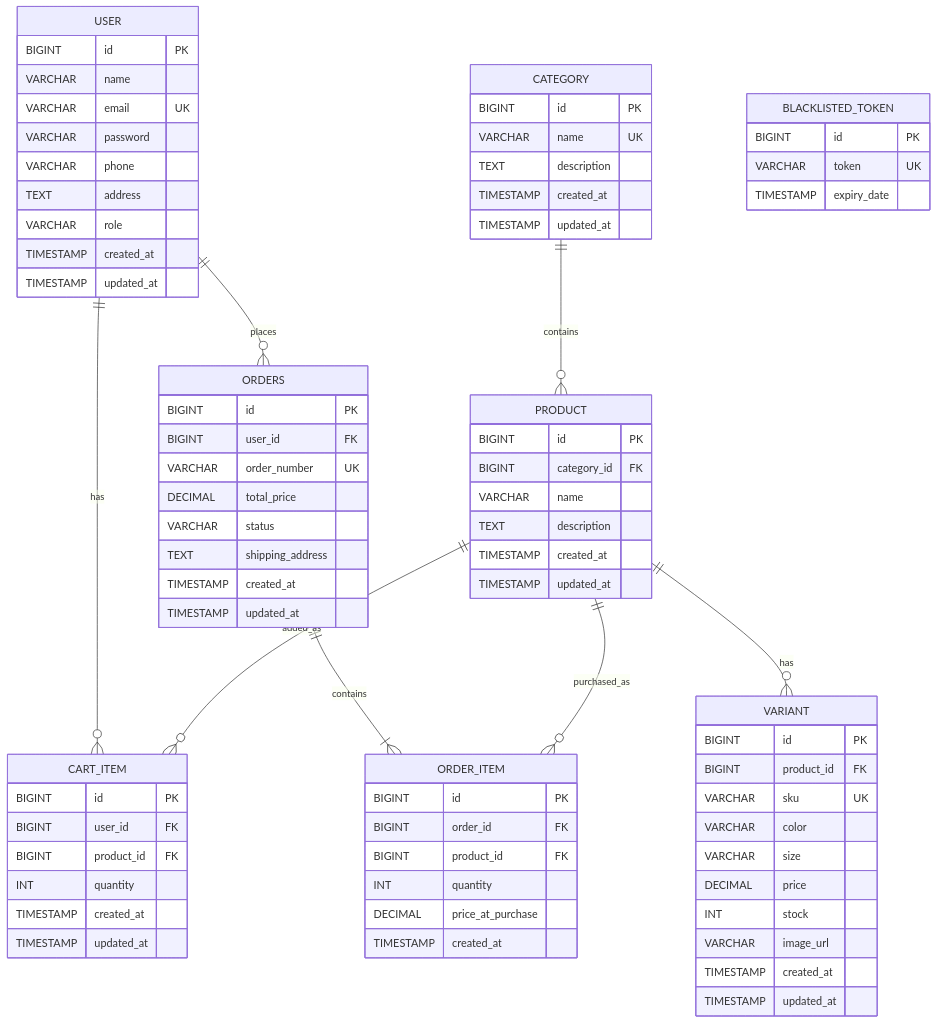
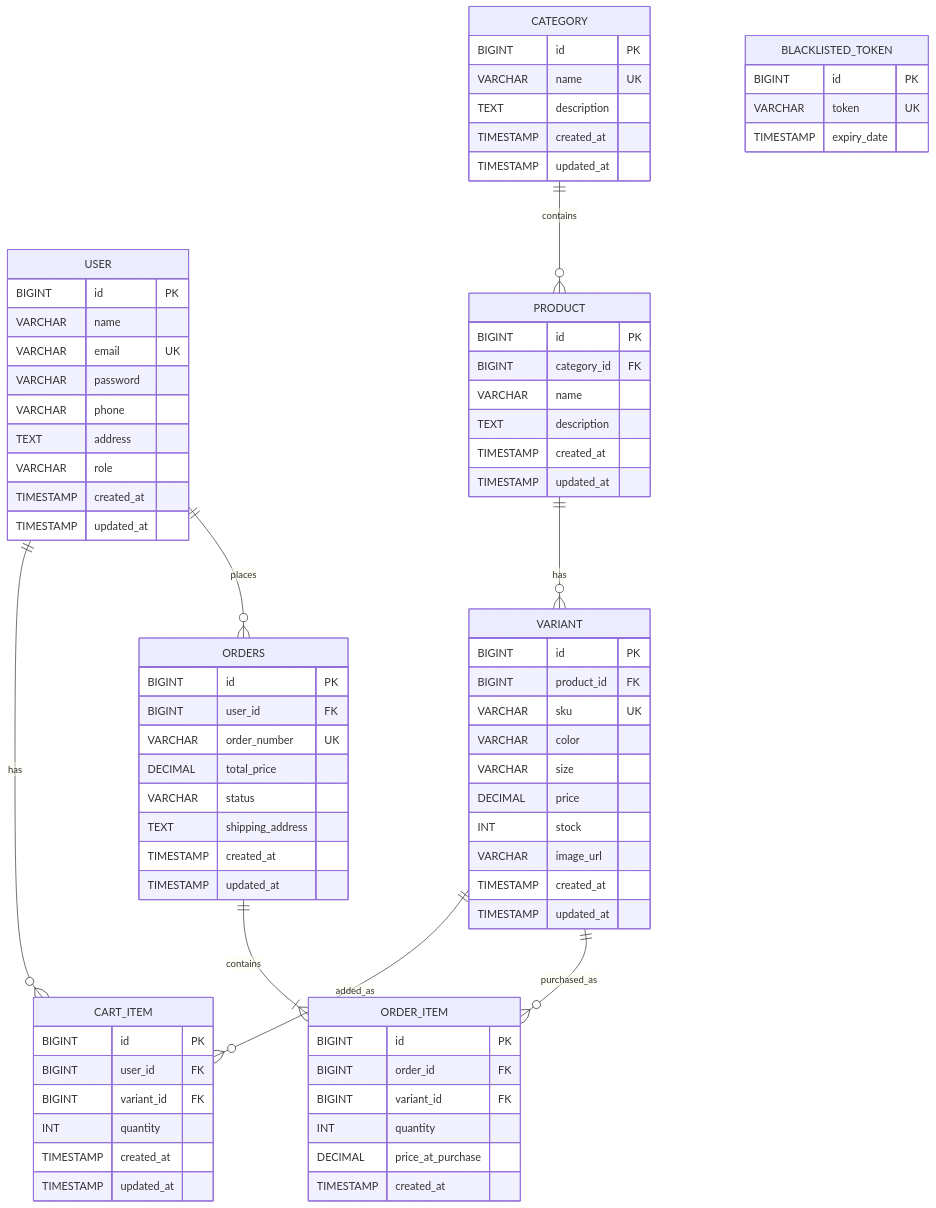
Before and after one commit to akbarazy/ecommerce-backend: the diagram in docs/DESIGN.md, drawn with Mermaid. The commit also changed 3 other files, not shown here.

Commit message:
Refactor cart item and order item to use variant

````diff
--- a/docs/DESIGN.md
+++ b/docs/DESIGN.md
@@ -46,7 +46,7 @@
     CART_ITEM {
         BIGINT id PK
         BIGINT user_id FK
-        BIGINT product_id FK
+        BIGINT variant_id FK
         INT quantity
         TIMESTAMP created_at
         TIMESTAMP updated_at
@@ -66,7 +66,7 @@
     ORDER_ITEM {
         BIGINT id PK
         BIGINT order_id FK
-        BIGINT product_id FK
+        BIGINT variant_id FK
         INT quantity
         DECIMAL price_at_purchase
         TIMESTAMP created_at
@@ -82,7 +82,7 @@
     USER ||--o{ ORDERS : places
     CATEGORY ||--o{ PRODUCT : contains
     PRODUCT ||--o{ VARIANT : has
-    PRODUCT ||--o{ CART_ITEM : added_as
+    VARIANT ||--o{ CART_ITEM : added_as
     ORDERS ||--|{ ORDER_ITEM : contains
-    PRODUCT ||--o{ ORDER_ITEM : purchased_as
+    VARIANT ||--o{ ORDER_ITEM : purchased_as
 ```
````
